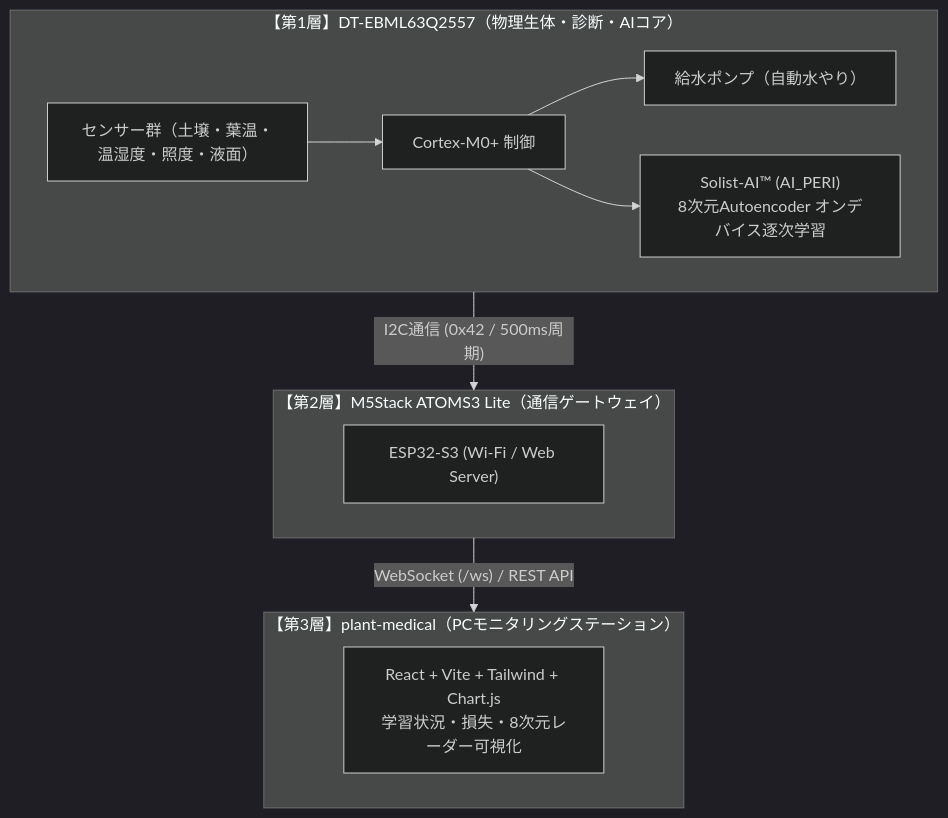
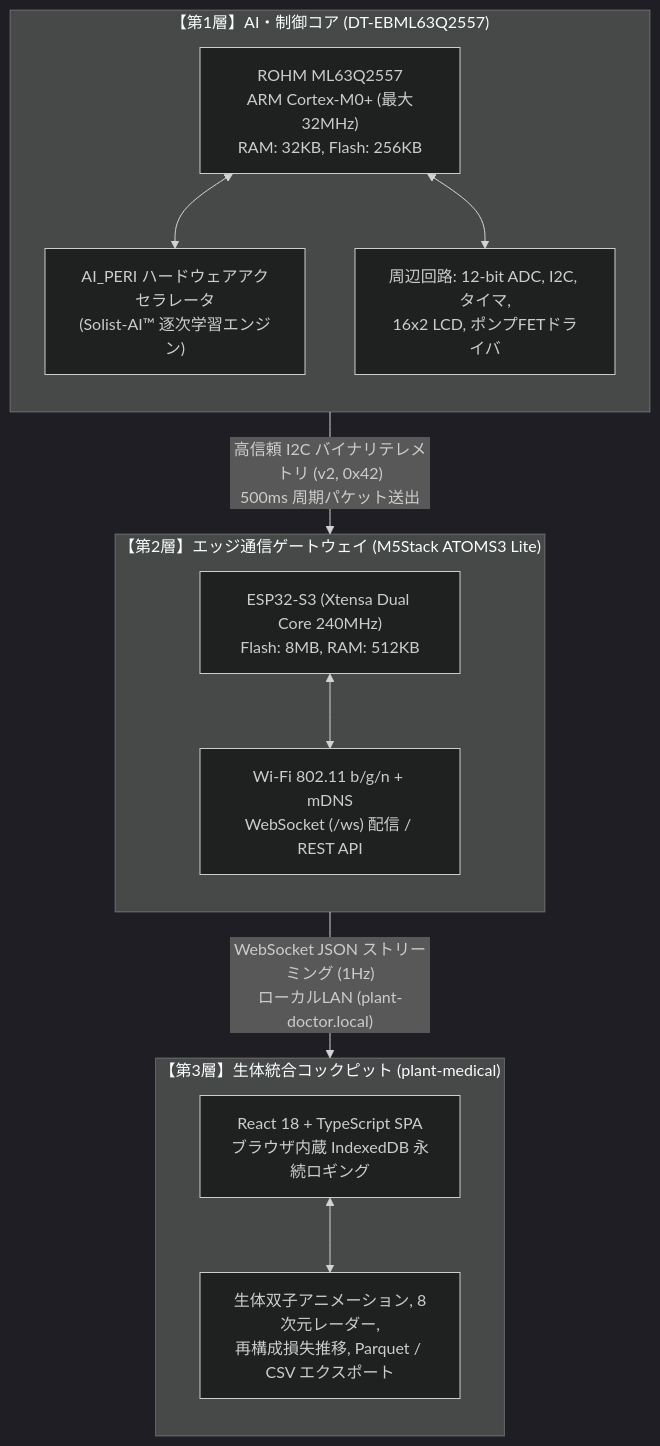
One commit to horned128/plant-doctor changed the third of 3 diagrams in docs/textbook/01_edge_ai_and_sensing.md. Above: the diagram before and after it, drawn with Mermaid (dark theme). The commit also changed other lines of this file and 5 other files, not shown here.

````diff
--- a/docs/textbook/01_edge_ai_and_sensing.md
+++ b/docs/textbook/01_edge_ai_and_sensing.md
@@ -95,19 +130,28 @@
 ```mermaid
 flowchart TD
-    subgraph L1["【第1層】DT-EBML63Q2557（物理生体・診断・AIコア）"]
-        S["センサー群（土壌・葉温・温湿度・照度・液面）"] --> M["Cortex-M0+ 制御"]
-        M --> P["給水ポンプ（自動水やり）"]
-        M --> AI["Solist-AI™ (AI_PERI)<br/>8次元Autoencoder オンデバイス逐次学習"]
+    subgraph LEVEL1["【第1層】AI・制御コア (DT-EBML63Q2557)"]
+        direction TB
+        M0["ROHM ML63Q2557<br/>ARM Cortex-M0+ (最大32MHz)<br/>RAM: 32KB, Flash: 256KB"]
+        ACCEL["AI_PERI ハードウェアアクセラレータ<br/>(Solist-AI™ 逐次学習エンジン)"]
+        IO["周辺回路: 12-bit ADC, I2C, タイマ,<br/>16x2 LCD, ポンプFETドライバ"]
+        M0 <--> ACCEL
+        M0 <--> IO
     end
 
-    subgraph L2["【第2層】M5Stack ATOMS3 Lite（通信ゲートウェイ）"]
-        GW["ESP32-S3 (Wi-Fi / Web Server)"]
+    subgraph LEVEL2["【第2層】エッジ通信ゲートウェイ (M5Stack ATOMS3 Lite)"]
+        direction TB
+        S3["ESP32-S3 (Xtensa Dual Core 240MHz)<br/>Flash: 8MB, RAM: 512KB"]
+        NET["Wi-Fi 802.11 b/g/n + mDNS<br/>WebSocket (/ws) 配信 / REST API"]
+        S3 <--> NET
     end
 
-    subgraph L3["【第3層】plant-medical（PCモニタリングステーション）"]
-        UI["React + Vite + Tailwind + Chart.js<br/>学習状況・損失・8次元レーダー可視化"]
+    subgraph LEVEL3["【第3層】生体統合コックピット (plant-medical)"]
+        direction TB
+        WEB["React 18 + TypeScript SPA<br/>ブラウザ内蔵 IndexedDB 永続ロギング"]
+        DASH["生体双子アニメーション, 8次元レーダー,<br/>再構成損失推移, Parquet / CSV エクスポート"]
+        WEB <--> DASH
     end
 
-    L1 -- "I2C通信 (0x42 / 500ms周期)" --> L2
-    L2 -- "WebSocket (/ws) / REST API" --> L3
+    LEVEL1 -- "高信頼 I2C バイナリテレメトリ (v2, 0x42)<br/>500ms 周期パケット送出" --> LEVEL2
+    LEVEL2 -- "WebSocket JSON ストリーミング (1Hz)<br/>ローカルLAN (plant-doctor.local)" --> LEVEL3
 ```
````
